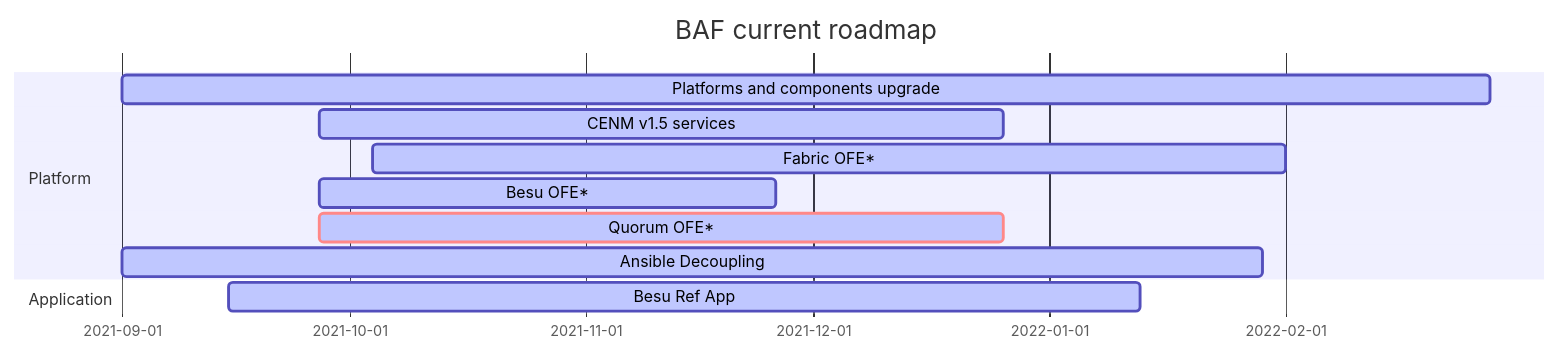
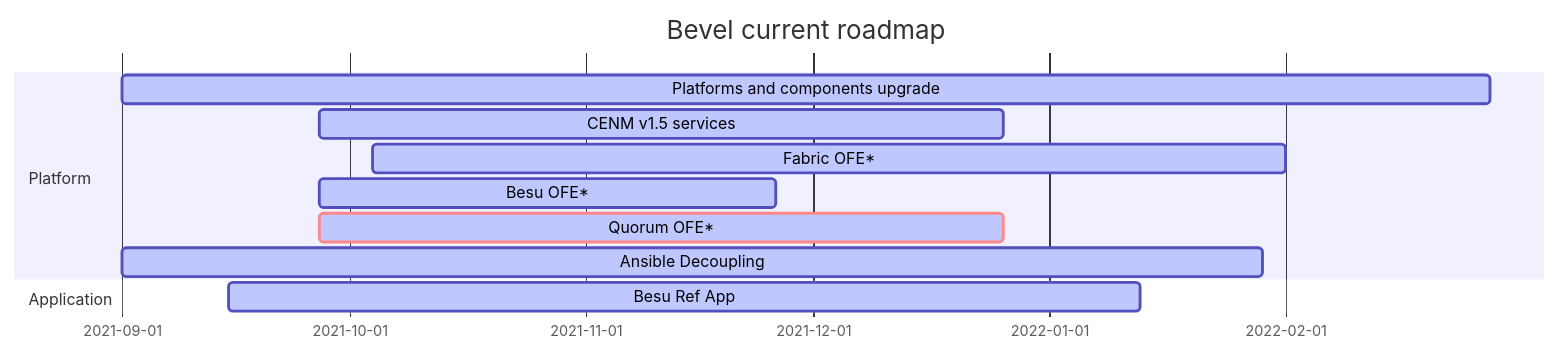
One commit to hyperledger/bevel changed the diagram in docs/source/roadmap.rst. Above: the diagram before and after it, drawn with Mermaid. The commit also changed other lines of this file and 77 other files, not shown here.

```diff
--- a/docs/source/roadmap.rst
+++ b/docs/source/roadmap.rst
@@ -4,14 +4,14 @@
 .. mermaid::
 
    gantt
-    title BAF current roadmap
+    title Bevel current roadmap
     dateFormat  YY-MM-DD
     section Platform
     Platforms and components upgrade : active, 21-09-01, 180d
     CENM v1.5 services : active, 21-09-27, 90d
     Fabric OFE*: active, 21-10-04, 120d
     Besu OFE*: active, 21-09-27, 60d
     Quorum OFE*: active,crit, 21-09-27, 90d
     Ansible Decoupling: active, 21-09-01, 150d
     section Application
     Besu Ref App: active, 21-09-15, 120d
```
